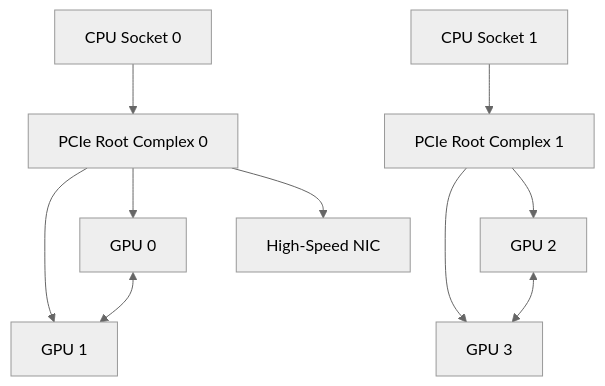
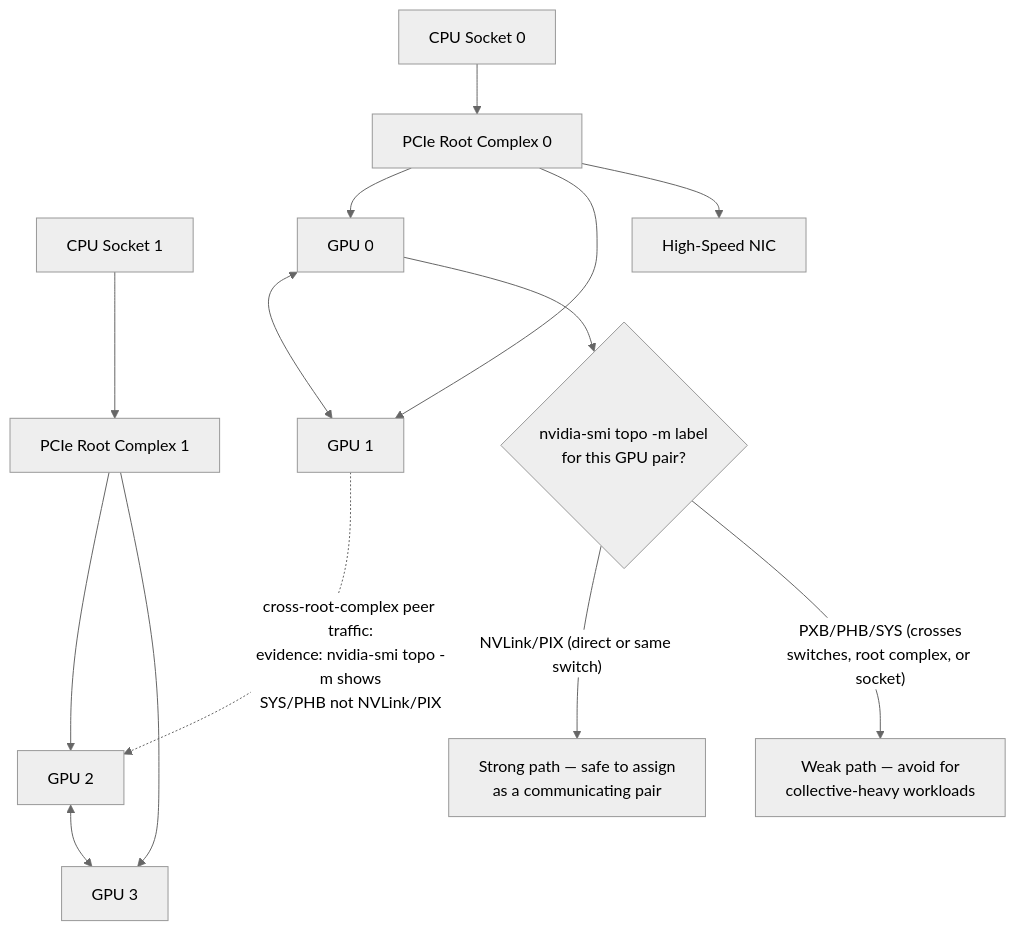
Before and after one commit to jithinpnjm/nvidia-devops: the first of 4 diagrams in docs/nvidia-zero-to-hero/volume-02/chapter-10-gpu-topology-peer-access-and-data-paths.md, drawn with Mermaid (neutral theme). The commit also changed other lines of this file, not shown here.

````diff
--- a/docs/nvidia-zero-to-hero/volume-02/chapter-10-gpu-topology-peer-access-and-data-paths.md
+++ b/docs/nvidia-zero-to-hero/volume-02/chapter-10-gpu-topology-peer-access-and-data-paths.md
@@ -53,22 +53,26 @@
 ```mermaid
 flowchart TD
     CPU0[CPU Socket 0]
     CPU1[CPU Socket 1]
     Root0[PCIe Root Complex 0]
     Root1[PCIe Root Complex 1]
     GPU0[GPU 0]
     GPU1[GPU 1]
     GPU2[GPU 2]
     GPU3[GPU 3]
     NIC0[High-Speed NIC]
 
     CPU0 --> Root0
     CPU1 --> Root1
     Root0 --> GPU0
     Root0 --> GPU1
     Root0 --> NIC0
     Root1 --> GPU2
     Root1 --> GPU3
     GPU0 <--> GPU1
     GPU2 <--> GPU3
+    GPU1 -.->|"cross-root-complex peer traffic:<br/>evidence: nvidia-smi topo -m shows<br/>SYS/PHB not NVLink/PIX"| GPU2
+    GPU0 --> Check{"nvidia-smi topo -m label<br/>for this GPU pair?"}
+    Check -->|"NVLink/PIX (direct or same switch)"| Fast["Strong path — safe to assign<br/>as a communicating pair"]
+    Check -->|"PXB/PHB/SYS (crosses<br/>switches, root complex, or socket)"| Slow["Weak path — avoid for<br/>collective-heavy workloads"]
 ```
````
